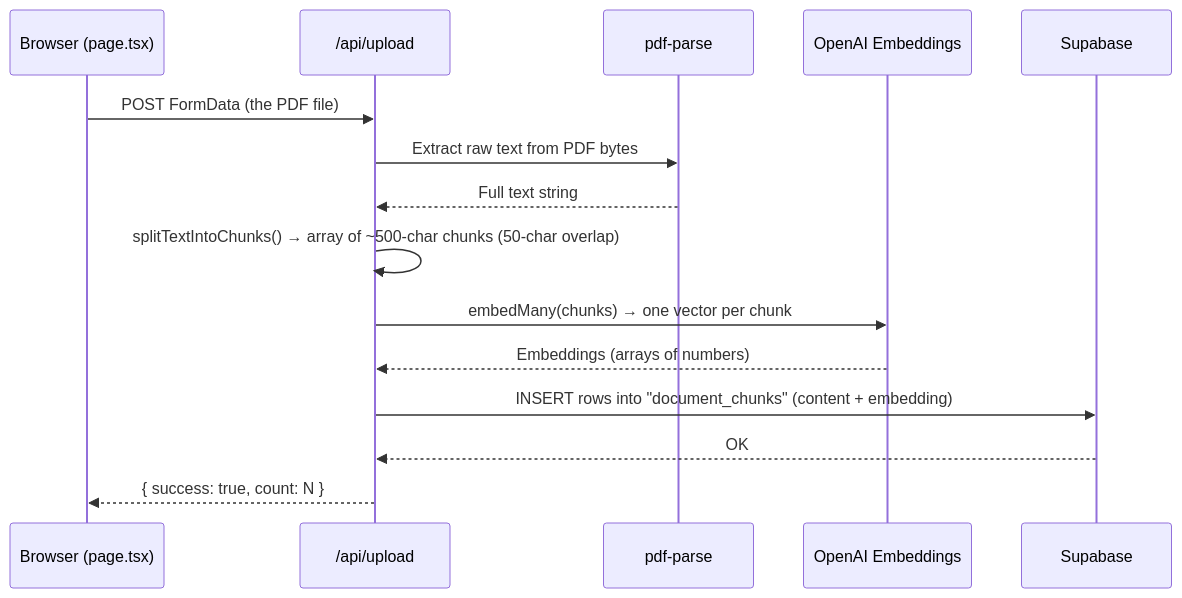
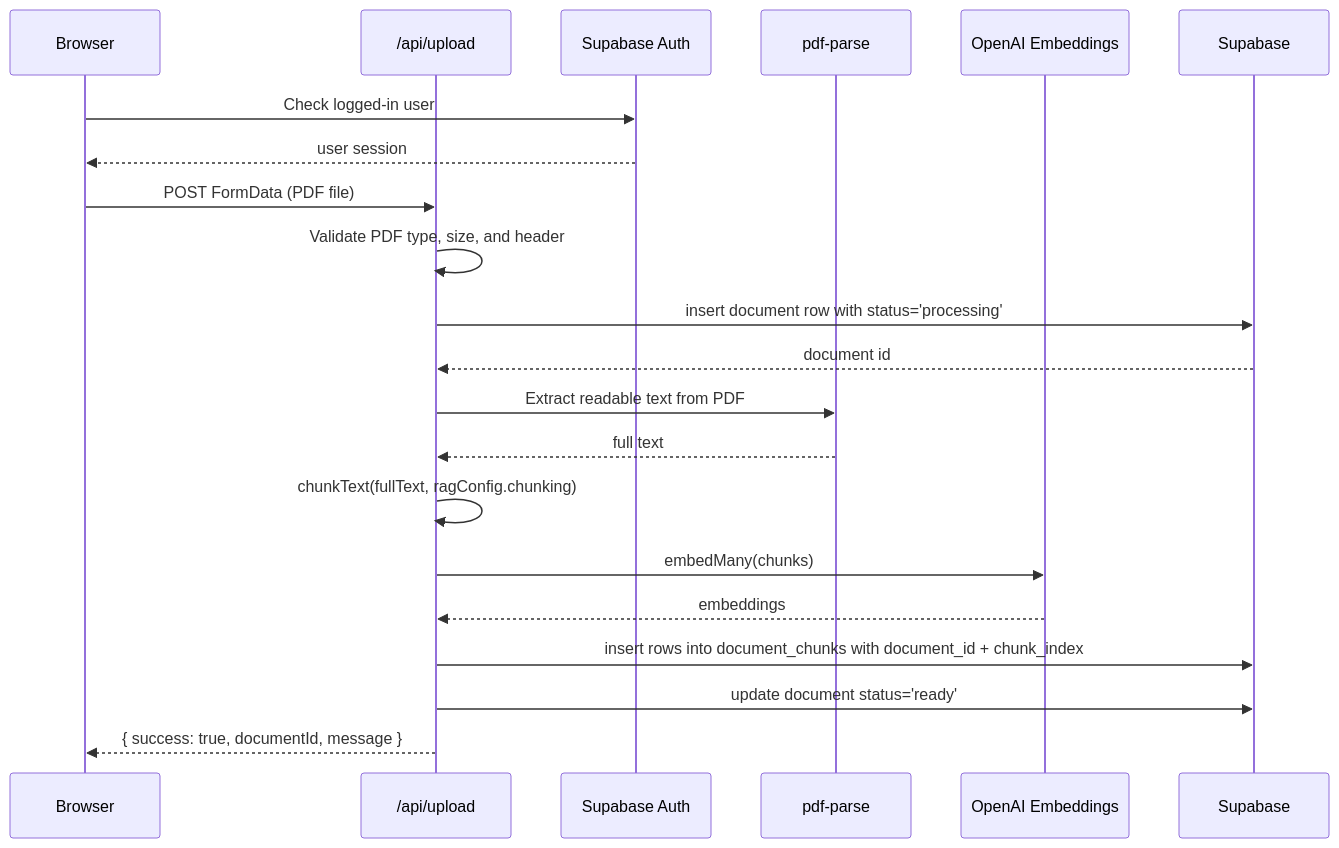
One commit to oskarnordin/ai-document-assistant changed the second of 3 diagrams in document-assistant/README.md. Above: the diagram before and after it, drawn with Mermaid. The commit also changed other lines of this file, not shown here.

Commit message:
docs: update README to reflect new features and user authentication flow

````diff
--- a/document-assistant/README.md
+++ b/document-assistant/README.md
@@ -93,18 +147,24 @@
 ```mermaid
 sequenceDiagram
-    participant B as Browser (page.tsx)
+    participant B as Browser
     participant A as /api/upload
+    participant U as Supabase Auth
     participant P as pdf-parse
     participant O as OpenAI Embeddings
     participant S as Supabase
 
-    B->>A: POST FormData (the PDF file)
-    A->>P: Extract raw text from PDF bytes
-    P-->>A: Full text string
-    A->>A: splitTextIntoChunks() → array of ~500-char chunks (50-char overlap)
-    A->>O: embedMany(chunks) → one vector per chunk
-    O-->>A: Embeddings (arrays of numbers)
-    A->>S: INSERT rows into "document_chunks" (content + embedding)
-    S-->>A: OK
-    A-->>B: { success: true, count: N }
+    B->>U: Check logged-in user
+    U-->>B: user session
+    B->>A: POST FormData (PDF file)
+    A->>A: Validate PDF type, size, and header
+    A->>S: insert document row with status='processing'
+    S-->>A: document id
+    A->>P: Extract readable text from PDF
+    P-->>A: full text
+    A->>A: chunkText(fullText, ragConfig.chunking)
+    A->>O: embedMany(chunks)
+    O-->>A: embeddings
+    A->>S: insert rows into document_chunks with document_id + chunk_index
+    A->>S: update document status='ready'
+    A-->>B: { success: true, documentId, message }
 ```
````
